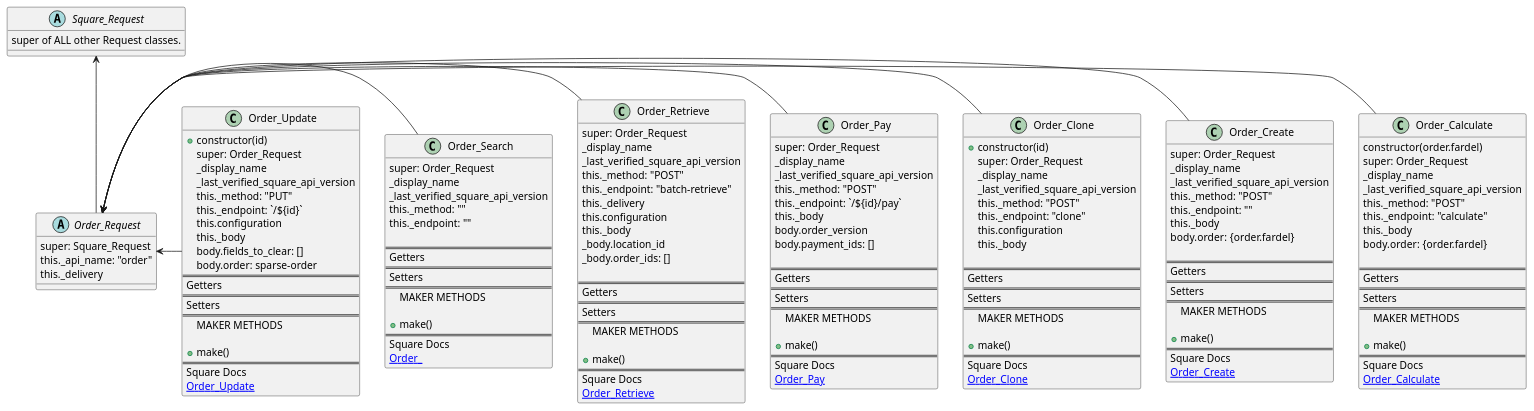
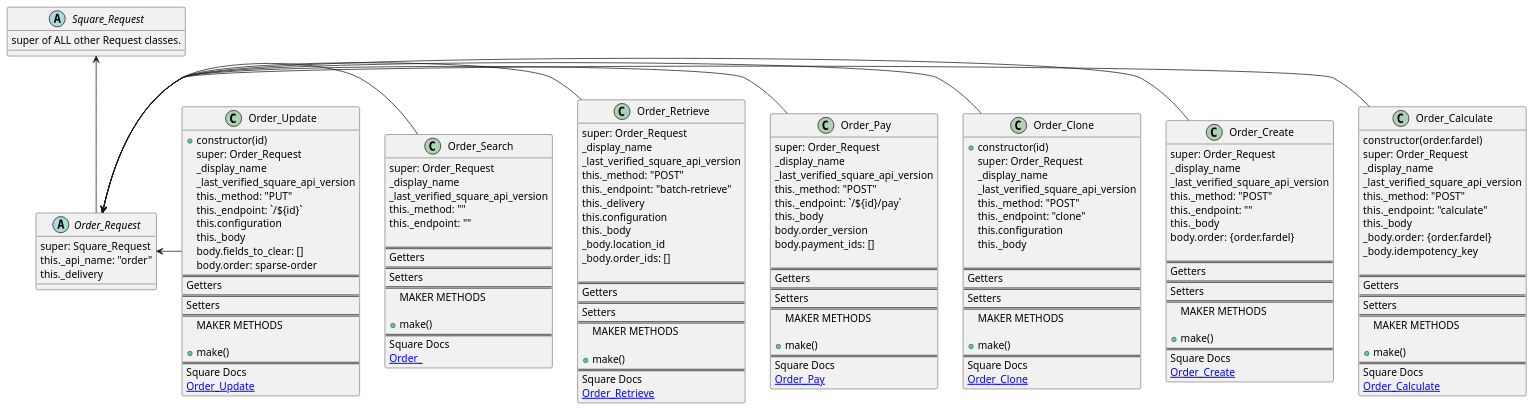
The diagram in docs/uml/stub.pie_order_requests.puml (TwoFistedJustice/square-pie), drawn with PlantUML before and after one commit. The commit also changed 4 other files, not shown here.

Commit message:
refactor: extract idempotency_key char limit to super class

```diff
--- a/docs/uml/stub.pie_order_requests.puml
+++ b/docs/uml/stub.pie_order_requests.puml
@@ -1,182 +1,183 @@
 @startuml
 'https://plantuml.com/class-diagram
 
 
 Square_Request <-- Order_Request
 Order_Request <- Order_Calculate
 Order_Request <- Order_Create
 Order_Request <- Order_Clone
 Order_Request <- Order_Pay
 Order_Request <- Order_Retrieve
 Order_Request <- Order_Search
 Order_Request <- Order_Update
 
 
 abstract class Square_Request{
 super of ALL other Request classes.
 }
 
 abstract class Order_Request {
 super: Square_Request
 this._api_name: "order"
 this._delivery
 }
 
 
 class Order_Calculate {
 constructor(order.fardel)
 super: Order_Request
 _display_name
 _last_verified_square_api_version
 this._method: "POST"
 this._endpoint: "calculate"
 this._body
-body.order: {order.fardel}
+_body.order: {order.fardel}
+_body.idempotency_key
 
 ==
 Getters
 ==
 Setters
 ==
 MAKER METHODS
 
 +make()
 ==
 Square Docs
 [[https://developer.squareup.com/reference/square/orders-api/calculate-order Order_Calculate ]]
 }
 
 class Order_Create  {
 super: Order_Request
 _display_name
 _last_verified_square_api_version
 this._method: "POST"
 this._endpoint: ""
 this._body
 body.order: {order.fardel}
 
 ==
 Getters
 ==
 Setters
 ==
 MAKER METHODS
 
 +make()
 ==
 Square Docs
 [[https://developer.squareup.com/reference/square/orders-api/create-order Order_Create ]]
 }
 class Order_Clone  {
 +constructor(id)
 super: Order_Request
 _display_name
 _last_verified_square_api_version
 this._method: "POST"
 this._endpoint: "clone"
 this.configuration
 this._body
 
 ==
 Getters
 ==
 Setters
 ==
 MAKER METHODS
 
 +make()
 ==
 Square Docs
 [[https://developer.squareup.com/reference/square/orders-api/clone-order Order_Clone ]]
 }
 class Order_Pay  {
 super: Order_Request
 _display_name
 _last_verified_square_api_version
 this._method: "POST"
 this._endpoint: `/${id}/pay`
 this._body
 body.order_version
 body.payment_ids: []
 
 ==
 Getters
 ==
 Setters
 ==
 MAKER METHODS
 
 +make()
 ==
 Square Docs
 [[https://developer.squareup.com/reference/square/orders-api/pay-order Order_Pay ]]
 }
 class Order_Retrieve  {
 super: Order_Request
 _display_name
 _last_verified_square_api_version
 this._method: "POST"
 this._endpoint: "batch-retrieve"
 this._delivery
 this.configuration
 this._body
 _body.location_id
 _body.order_ids: []
 
 ==
 Getters
 ==
 Setters
 ==
 MAKER METHODS
 
 +make()
 ==
 Square Docs
 [[https://developer.squareup.com/reference/square/orders-api/retrieve-order Order_Retrieve ]]
 }
 class Order_Search  {
 super: Order_Request
 _display_name
 _last_verified_square_api_version
 this._method: ""
 this._endpoint: ""
 
 ==
 Getters
 ==
 Setters
 ==
 MAKER METHODS
 
 +make()
 ==
 Square Docs
 [[ Order_ ]]
 }
 class Order_Update {
 +constructor(id)
 super: Order_Request
 _display_name
 _last_verified_square_api_version
 this._method: "PUT"
 this._endpoint: `/${id}`
 this.configuration
 this._body
 body.fields_to_clear: []
 body.order: sparse-order
 ==
 Getters
 ==
 Setters
 ==
 MAKER METHODS
 
 +make()
 ==
 Square Docs
 [[https://developer.squareup.com/reference/square/orders-api/update-order Order_Update ]]
 }
 
 
 @enduml
```
